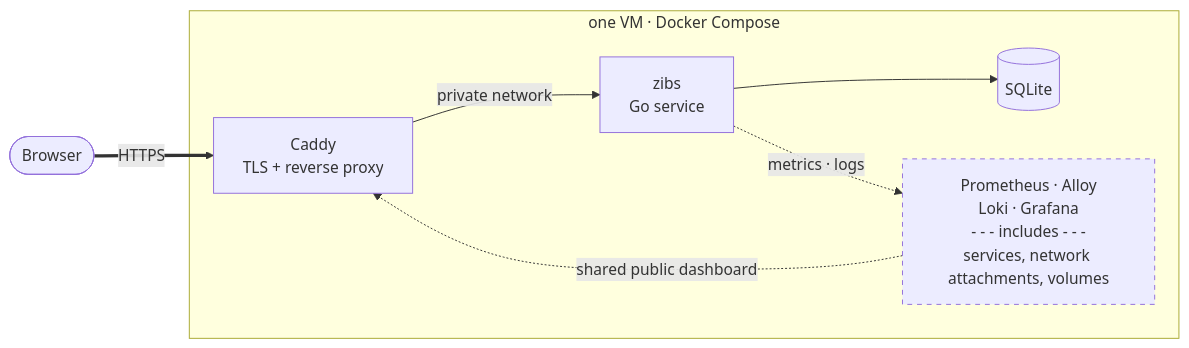
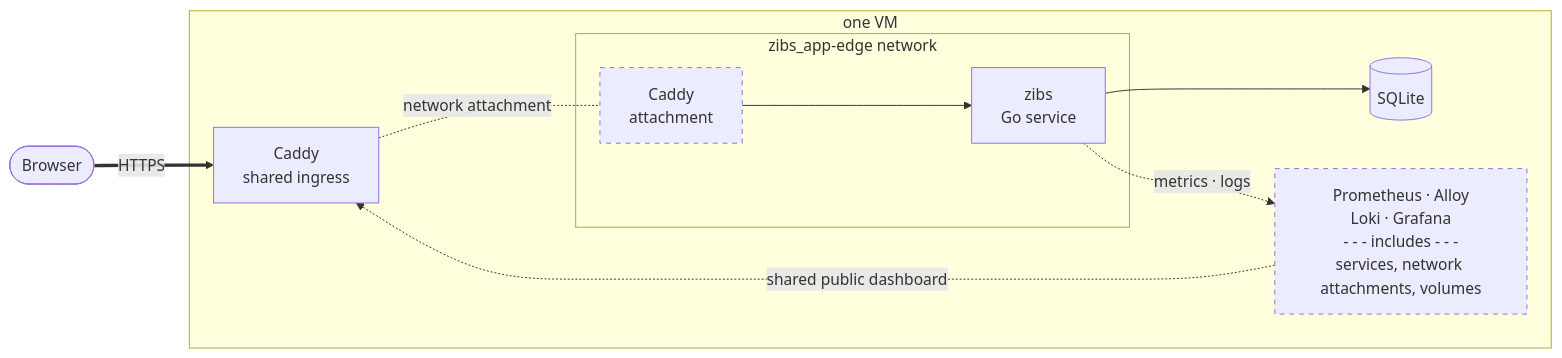
One commit to dvinubius/zibs changed the diagram in README.md. Above: the diagram before and after it, drawn with Mermaid. The commit also changed other lines of this file and 6 other files, not shown here.

Commit message:
Extract Caddy into shared ingress

````diff
--- a/README.md
+++ b/README.md
@@ -15,14 +15,21 @@
 ```mermaid
 flowchart LR
     browser([Browser]) ==>|HTTPS| caddy
 
-    subgraph vm[one VM · Docker Compose]
-        caddy[Caddy<br/>TLS + reverse proxy] -->|private network| zibs[zibs<br/>Go service]
+    subgraph vm[one VM]
+        subgraph edge[zibs_app-edge network]
+            caddyAppEdge[Caddy<br/>attachment]
+            zibs[zibs<br/>Go service]
+        end
         zibs --> db[(SQLite)]
         zibs -.->|metrics · logs| obs[Prometheus · Alloy<br/>Loki · Grafana<br/>- - - includes - - -<br/>services, network attachments, volumes]
         obs -.->|shared public dashboard| caddy
+        caddy[Caddy<br/>shared ingress]
     end
 
+    caddy -.-|network attachment| caddyAppEdge
+    caddyAppEdge --> zibs
+
     classDef simplified stroke-dasharray: 5 5;
-    class obs simplified;
+    class caddyAppEdge,obs simplified;
 ```
````
